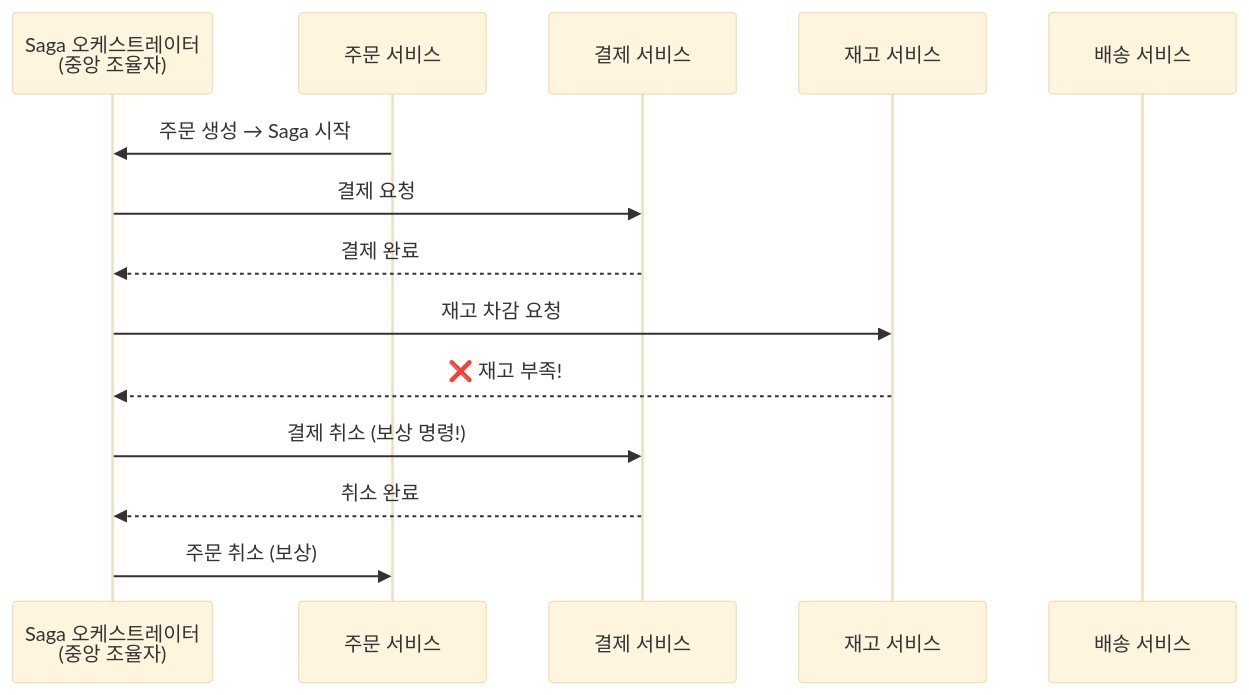
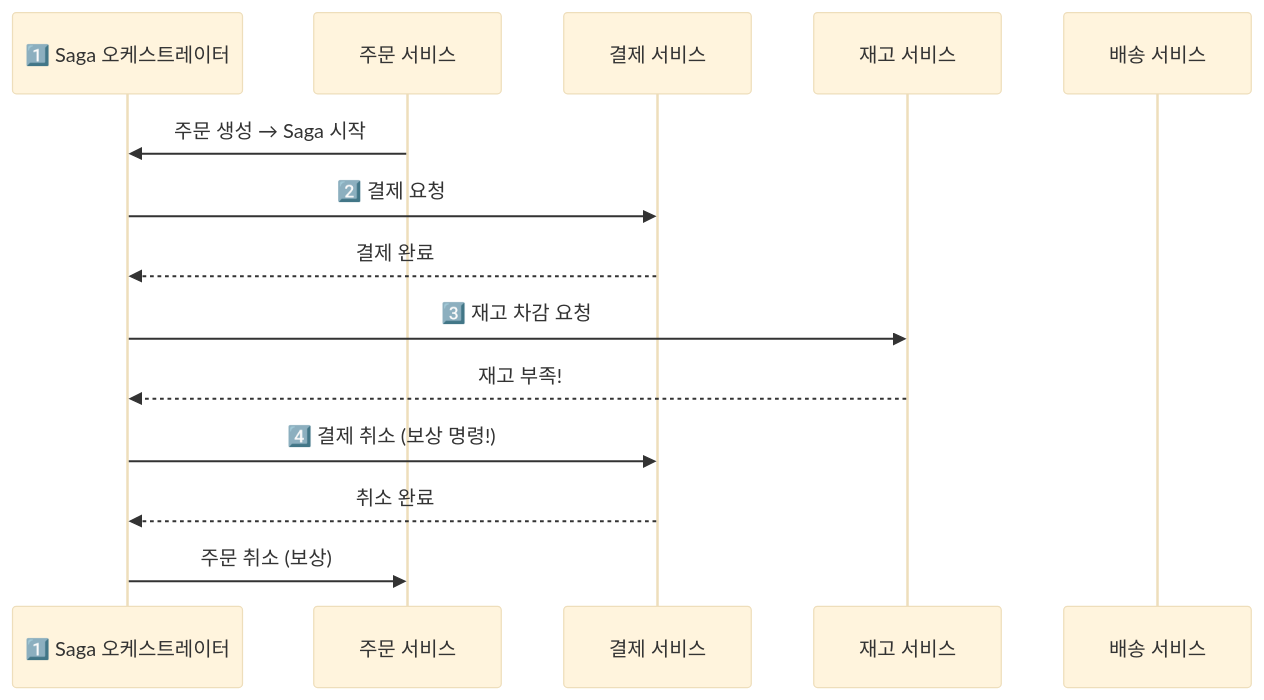
Before and after one commit to yjkim2015/yjkim2015.github.io: the seventh of 14 diagrams in _posts/architecture/2026-05-02-distributed-transaction-deep.md, drawn with Mermaid (base theme). The commit also changed other lines of this file and 92 other files, not shown here.

First line of the commit message:
Major quality rewrite: 98 files, Mermaid fix, extreme-scenario component

````diff
--- a/_posts/architecture/2026-05-02-distributed-transaction-deep.md
+++ b/_posts/architecture/2026-05-02-distributed-transaction-deep.md
@@ -224,17 +236,17 @@
 ```mermaid
 sequenceDiagram
-    participant Orch as Saga 오케스트레이터<br>(중앙 조율자)
+    participant Orch as 1️⃣ Saga 오케스트레이터
     participant OS as 주문 서비스
     participant PS as 결제 서비스
     participant IS as 재고 서비스
     participant DS as 배송 서비스
 
     OS->>Orch: 주문 생성 → Saga 시작
-    Orch->>PS: 결제 요청
+    Orch->>PS: 2️⃣ 결제 요청
     PS-->>Orch: 결제 완료
-    Orch->>IS: 재고 차감 요청
-    IS-->>Orch: ❌ 재고 부족!
-    Orch->>PS: 결제 취소 (보상 명령!)
+    Orch->>IS: 3️⃣ 재고 차감 요청
+    IS-->>Orch: 재고 부족!
+    Orch->>PS: 4️⃣ 결제 취소 (보상 명령!)
     PS-->>Orch: 취소 완료
     Orch->>OS: 주문 취소 (보상)
 ```
````
